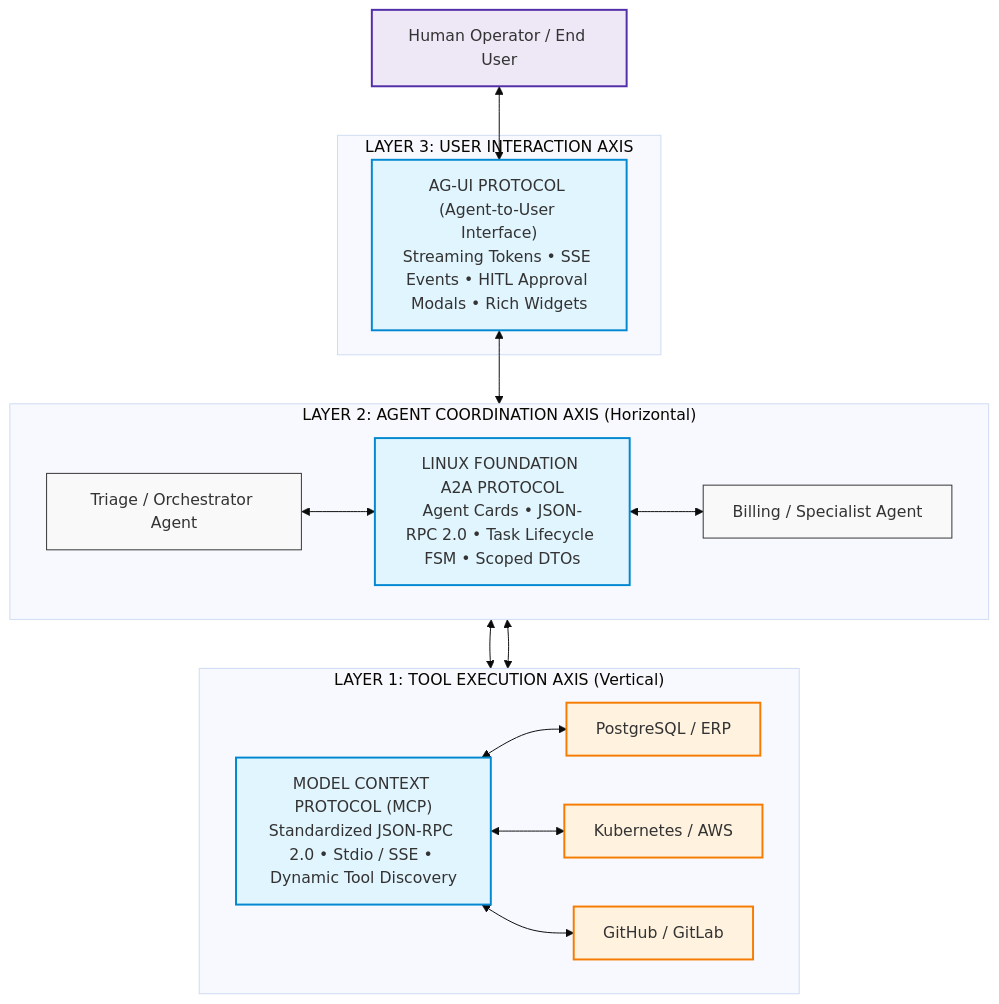
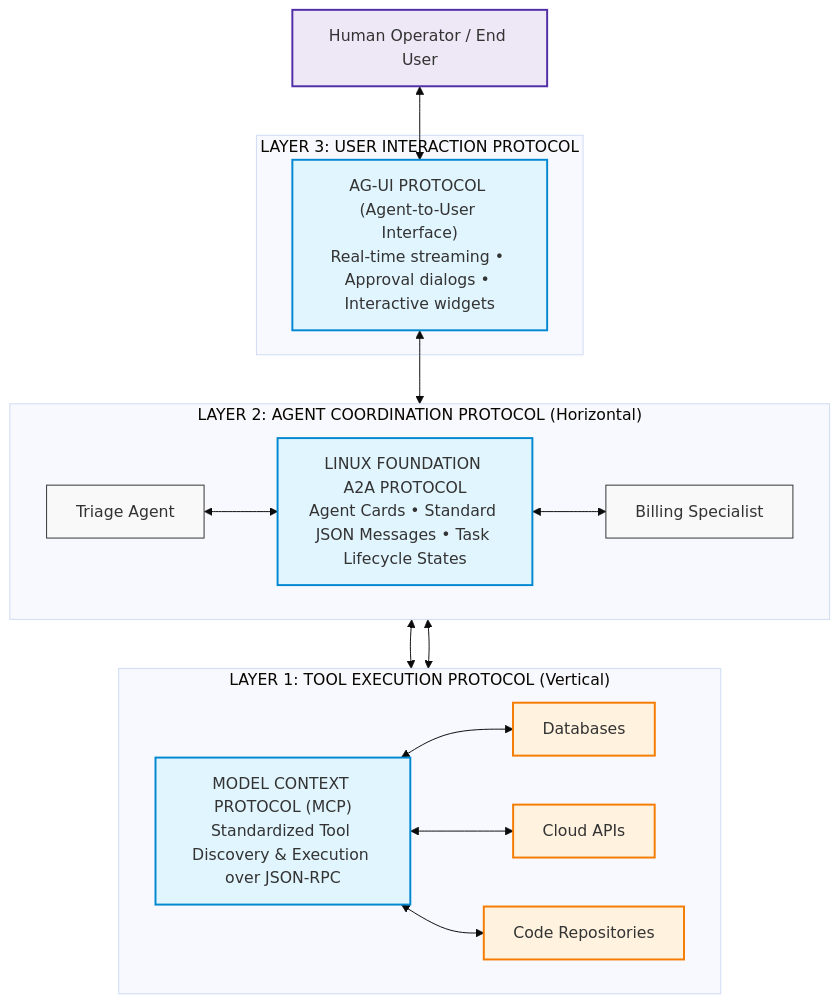
One commit to dip4k/senior-engineer-to-ai-engineer-roadmap changed the third of 4 diagrams in 04-agentic-systems-and-orchestration/05-multi-agent-coordination-and-a2a-protocols.md. Above: the diagram before and after it, drawn with Mermaid (base theme). The commit also changed other lines of this file and 11 other files, not shown here.

````diff
--- a/04-agentic-systems-and-orchestration/05-multi-agent-coordination-and-a2a-protocols.md
+++ b/04-agentic-systems-and-orchestration/05-multi-agent-coordination-and-a2a-protocols.md
@@ -104,32 +112,32 @@
 ```mermaid
 flowchart TD
     classDef proto fill:#e1f5fe,stroke:#0288d1,stroke-width:2px;
     classDef agent fill:#f9f9f9,stroke:#333,stroke-width:1px;
     classDef ext fill:#fff3e0,stroke:#f57c00,stroke-width:2px;
     classDef human fill:#ede7f6,stroke:#512da8,stroke-width:2px;
 
     Human["Human Operator / End User"]:::human
     
-    subgraph Layer3["LAYER 3: USER INTERACTION AXIS"]
-        AGUI["AG-UI PROTOCOL (Agent-to-User Interface)\nStreaming Tokens • SSE Events • HITL Approval Modals • Rich Widgets"]:::proto
+    subgraph Layer3["LAYER 3: USER INTERACTION PROTOCOL"]
+        AGUI["AG-UI PROTOCOL (Agent-to-User Interface)\nReal-time streaming • Approval dialogs • Interactive widgets"]:::proto
     end
 
-    subgraph Layer2["LAYER 2: AGENT COORDINATION AXIS (Horizontal)"]
+    subgraph Layer2["LAYER 2: AGENT COORDINATION PROTOCOL (Horizontal)"]
         direction LR
-        AgentA["Triage / Orchestrator Agent"]:::agent
-        A2A["LINUX FOUNDATION A2A PROTOCOL\nAgent Cards • JSON-RPC 2.0 • Task Lifecycle FSM • Scoped DTOs"]:::proto
-        AgentB["Billing / Specialist Agent"]:::agent
+        AgentA["Triage Agent"]:::agent
+        A2A["LINUX FOUNDATION A2A PROTOCOL\nAgent Cards • Standard JSON Messages • Task Lifecycle States"]:::proto
+        AgentB["Billing Specialist"]:::agent
         AgentA <--> A2A <--> AgentB
     end
 
-    subgraph Layer1["LAYER 1: TOOL EXECUTION AXIS (Vertical)"]
+    subgraph Layer1["LAYER 1: TOOL EXECUTION PROTOCOL (Vertical)"]
         direction LR
-        MCP["MODEL CONTEXT PROTOCOL (MCP)\nStandardized JSON-RPC 2.0 • Stdio / SSE • Dynamic Tool Discovery"]:::proto
-        DB["PostgreSQL / ERP"]:::ext
-        Cloud["Kubernetes / AWS"]:::ext
-        Git["GitHub / GitLab"]:::ext
+        MCP["MODEL CONTEXT PROTOCOL (MCP)\nStandardized Tool Discovery & Execution over JSON-RPC"]:::proto
+        DB["Databases"]:::ext
+        Cloud["Cloud APIs"]:::ext
+        Git["Code Repositories"]:::ext
     end
 
     Human <--> AGUI <--> AgentA
     AgentA & AgentB <--> MCP <--> DB & Cloud & Git
 ```
````
